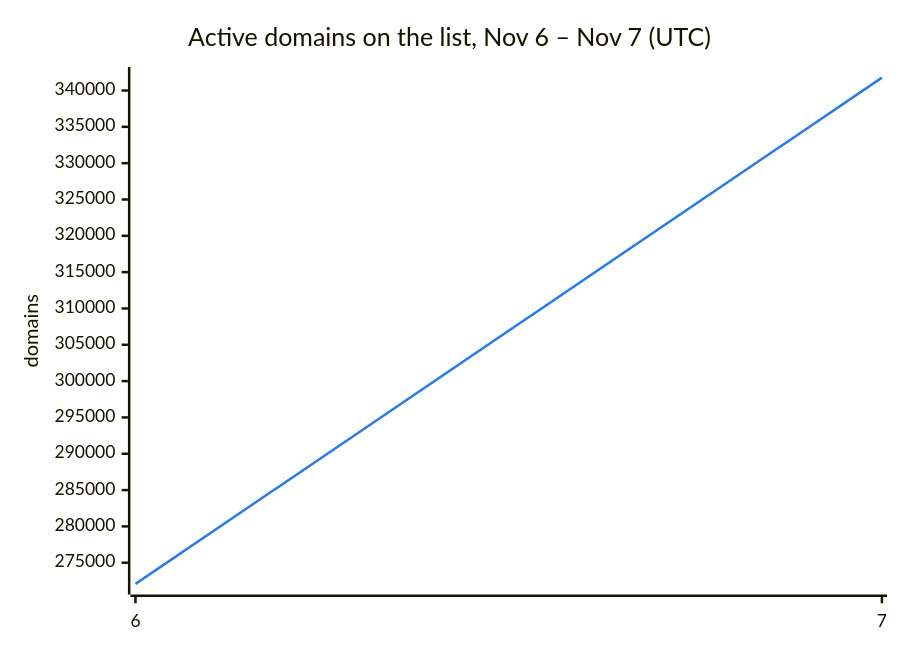
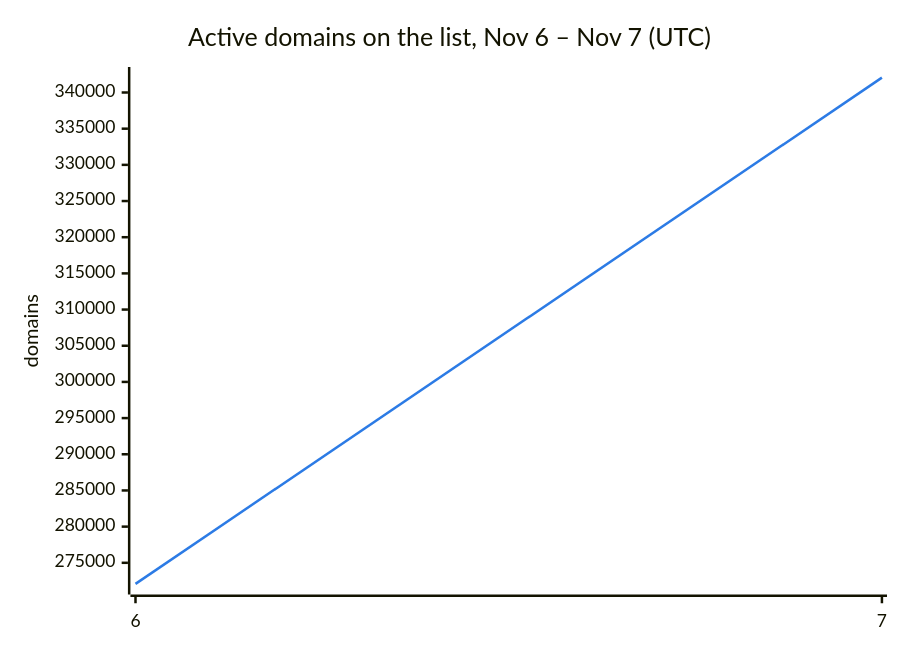
The second of 3 diagrams in README.md (DNSBunker/CTI), drawn with Mermaid before and after one commit. The commit also changed other lines of this file and 3 other files, not shown here.

````diff
--- a/README.md
+++ b/README.md
@@ -38,8 +38,8 @@
 ```mermaid
 %%{init: {"themeVariables": {"xyChart": {"plotColorPalette": "#2c7be5"}}}}%%
 xychart-beta
     title "Active domains on the list, Nov 6 – Nov 7 (UTC)"
     x-axis ["6", "7"]
     y-axis "domains"
-    line [272088, 341774]
+    line [272088, 342056]
 ```
````
